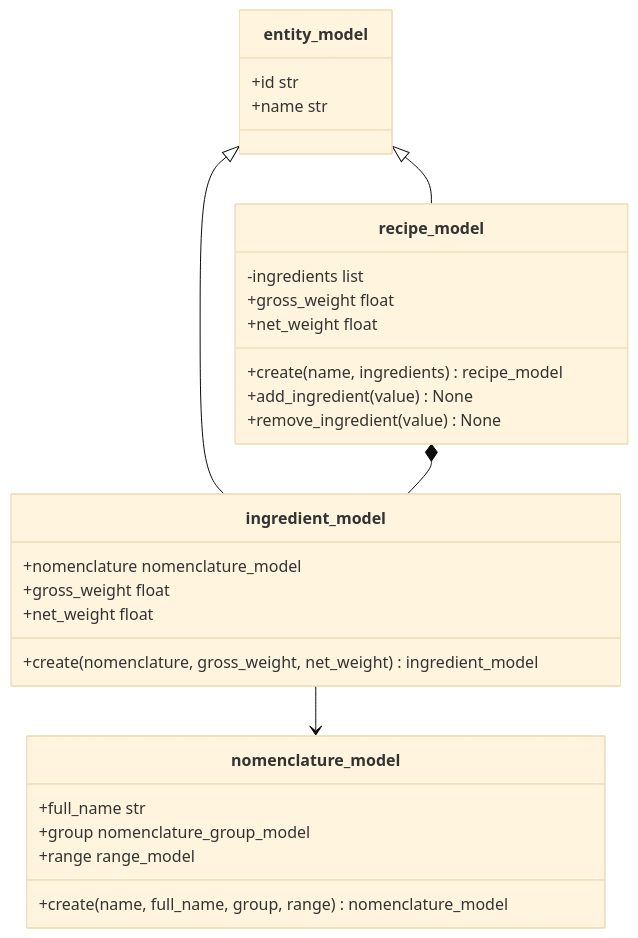
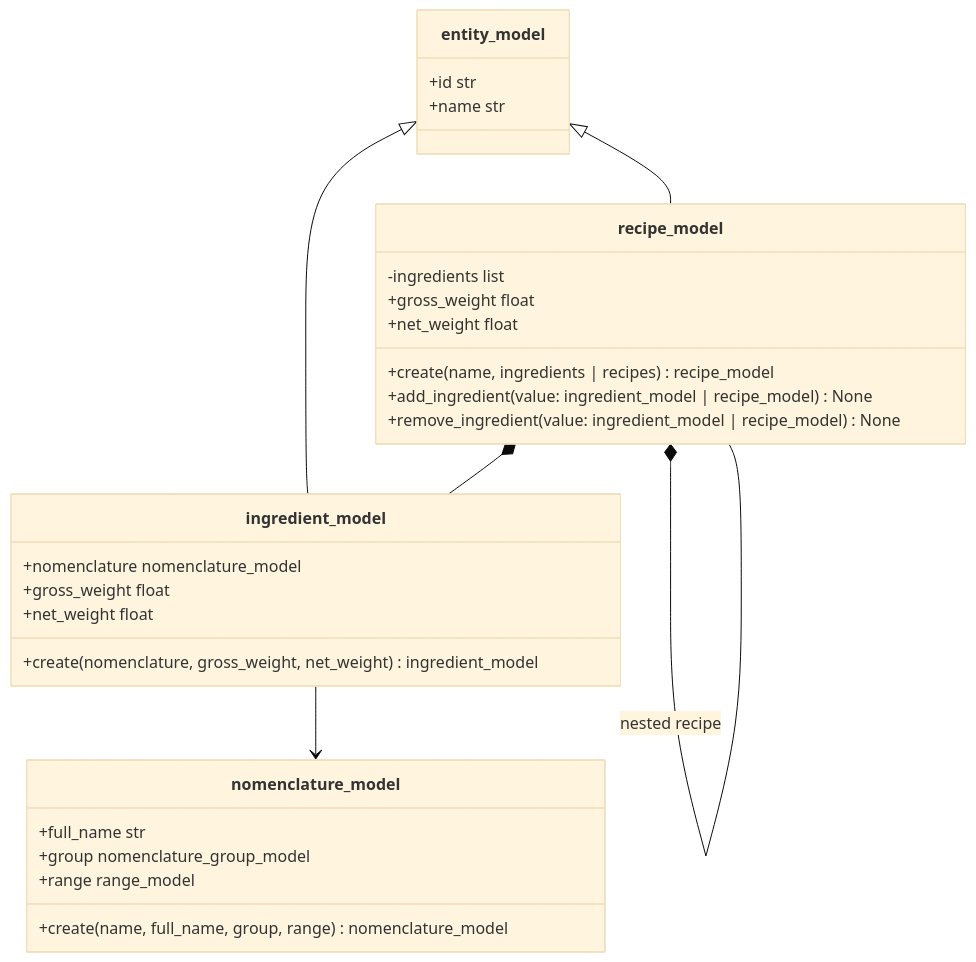
Before and after one commit to nervok1337/solovev_patterns: the diagram in Docs/RecipeUml.md, drawn with Mermaid (base theme). The commit also changed other lines of this file and 5 other files, not shown here.

````diff
--- a/Docs/RecipeUml.md
+++ b/Docs/RecipeUml.md
@@ -3,35 +3,36 @@
 ```mermaid
 classDiagram
     class entity_model {
         +id str
         +name str
     }
 
     class nomenclature_model {
         +full_name str
         +group nomenclature_group_model
         +range range_model
         +create(name, full_name, group, range) nomenclature_model
     }
 
     class ingredient_model {
         +nomenclature nomenclature_model
         +gross_weight float
         +net_weight float
         +create(nomenclature, gross_weight, net_weight) ingredient_model
     }
 
     class recipe_model {
         -ingredients list
         +gross_weight float
         +net_weight float
-        +create(name, ingredients) recipe_model
-        +add_ingredient(value) None
-        +remove_ingredient(value) None
+        +create(name, ingredients | recipes) recipe_model
+        +add_ingredient(value: ingredient_model | recipe_model) None
+        +remove_ingredient(value: ingredient_model | recipe_model) None
     }
 
     entity_model <|-- ingredient_model
     entity_model <|-- recipe_model
     ingredient_model --> nomenclature_model
     recipe_model *-- ingredient_model
+    recipe_model *-- recipe_model : nested recipe
 ```
````
